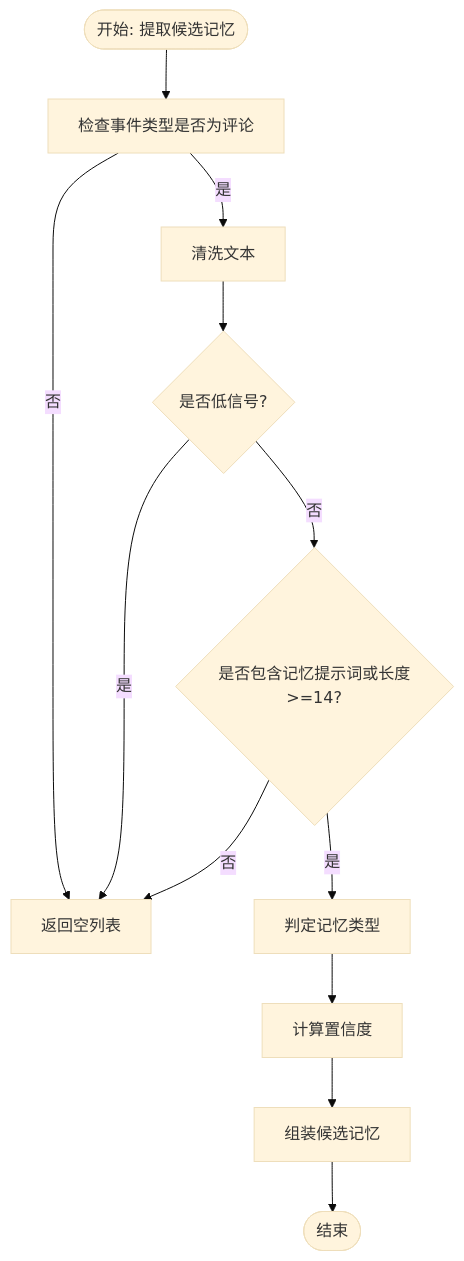
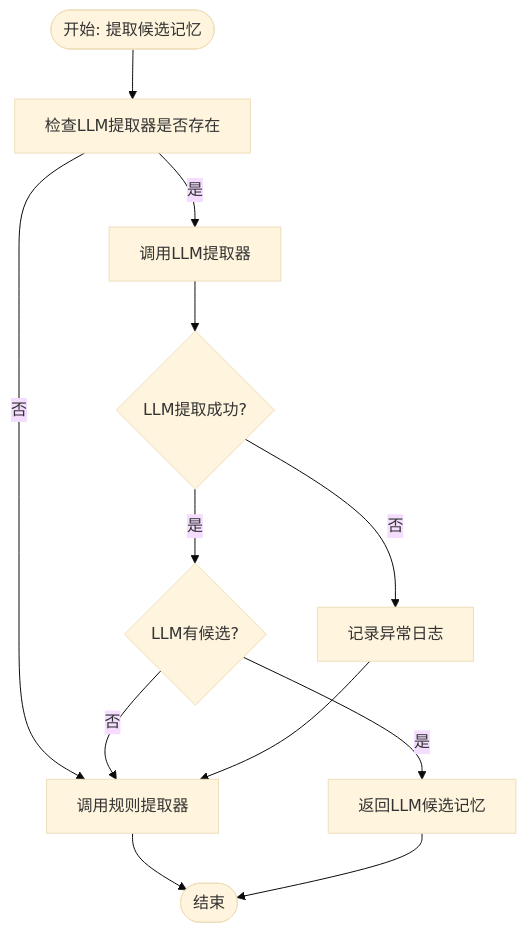
Before and after one commit to Moon-Force/DouYin_llm: the third of 6 diagrams in .qoder/repowiki/zh/content/后端服务/智能提词引擎/记忆提取器.md, drawn with Mermaid (base theme). The commit also changed other lines of this file and 35 other files, not shown here.

````diff
--- a/.qoder/repowiki/zh/content/后端服务/智能提词引擎/记忆提取器.md
+++ b/.qoder/repowiki/zh/content/后端服务/智能提词引擎/记忆提取器.md
@@ -143,14 +182,13 @@
 ```mermaid
 flowchart TD
-Start(["开始: 提取候选记忆"]) --> CheckType["检查事件类型是否为评论"]
-CheckType --> |否| ReturnEmpty["返回空列表"]
-CheckType --> |是| Clean["清洗文本"]
-Clean --> LowSignal{"是否低信号?"}
-LowSignal --> |是| ReturnEmpty
-LowSignal --> |否| HasHint{"是否包含记忆提示词或长度>=14?"}
-HasHint --> |否| ReturnEmpty
-HasHint --> |是| Type["判定记忆类型"]
-Type --> Confidence["计算置信度"]
-Confidence --> Build["组装候选记忆"]
-Build --> End(["结束"])
+Start(["开始: 提取候选记忆"]) --> CheckLLM["检查LLM提取器是否存在"]
+CheckLLM --> |否| RuleExtract["调用规则提取器"]
+CheckLLM --> |是| LLMExtract["调用LLM提取器"]
+LLMExtract --> TryLLM{"LLM提取成功?"}
+TryLLM --> |是| HasCandidates{"LLM有候选?"}
+HasCandidates --> |是| ReturnLLM["返回LLM候选记忆"]
+HasCandidates --> |否| RuleExtract
+TryLLM --> |否| LogError["记录异常日志"] --> RuleExtract
+RuleExtract --> End(["结束"])
+ReturnLLM --> End
 ```
````
